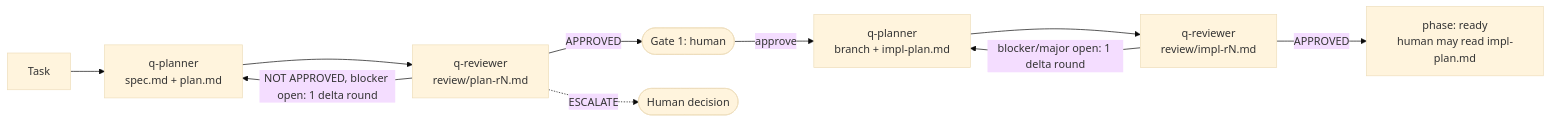
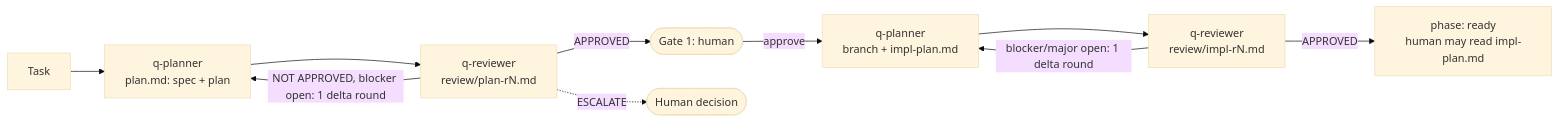
Before and after one commit to tranquan/qstack: the diagram in claudecode/skills/q-plan/SKILL.md, drawn with Mermaid (base theme). The commit also changed other lines of this file and 8 other files, not shown here.

````diff
--- a/claudecode/skills/q-plan/SKILL.md
+++ b/claudecode/skills/q-plan/SKILL.md
@@ -23,12 +23,12 @@
 ```mermaid
 flowchart LR
-    T[Task] --> P[q-planner<br/>spec.md + plan.md]
+    T[Task] --> P[q-planner<br/>plan.md: spec + plan]
     P --> R[q-reviewer<br/>review/plan-rN.md]
     R -->|NOT APPROVED, blocker open: 1 delta round| P
     R -->|APPROVED| G([Gate 1: human])
     R -.->|ESCALATE| H([Human decision])
     G -->|approve| IP[q-planner<br/>branch + impl-plan.md]
     IP --> IR[q-reviewer<br/>review/impl-rN.md]
     IR -->|blocker/major open: 1 delta round| IP
     IR -->|APPROVED| Ready[phase: ready<br/>human may read impl-plan.md]
 ```
````
